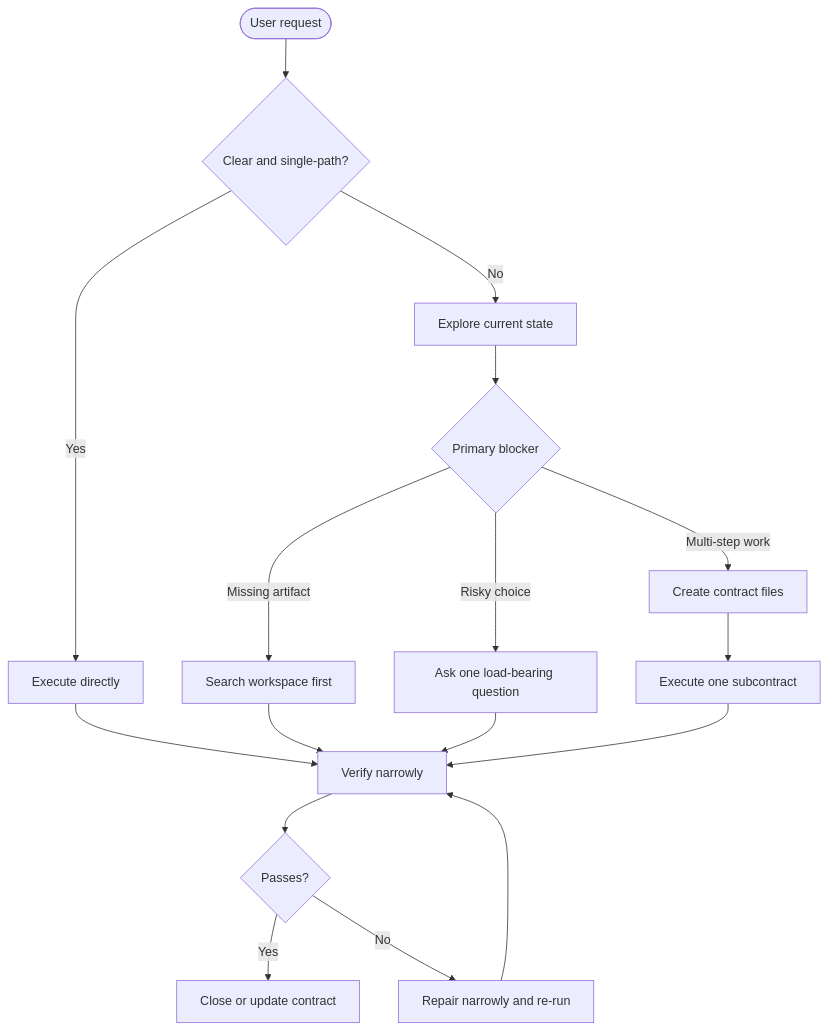
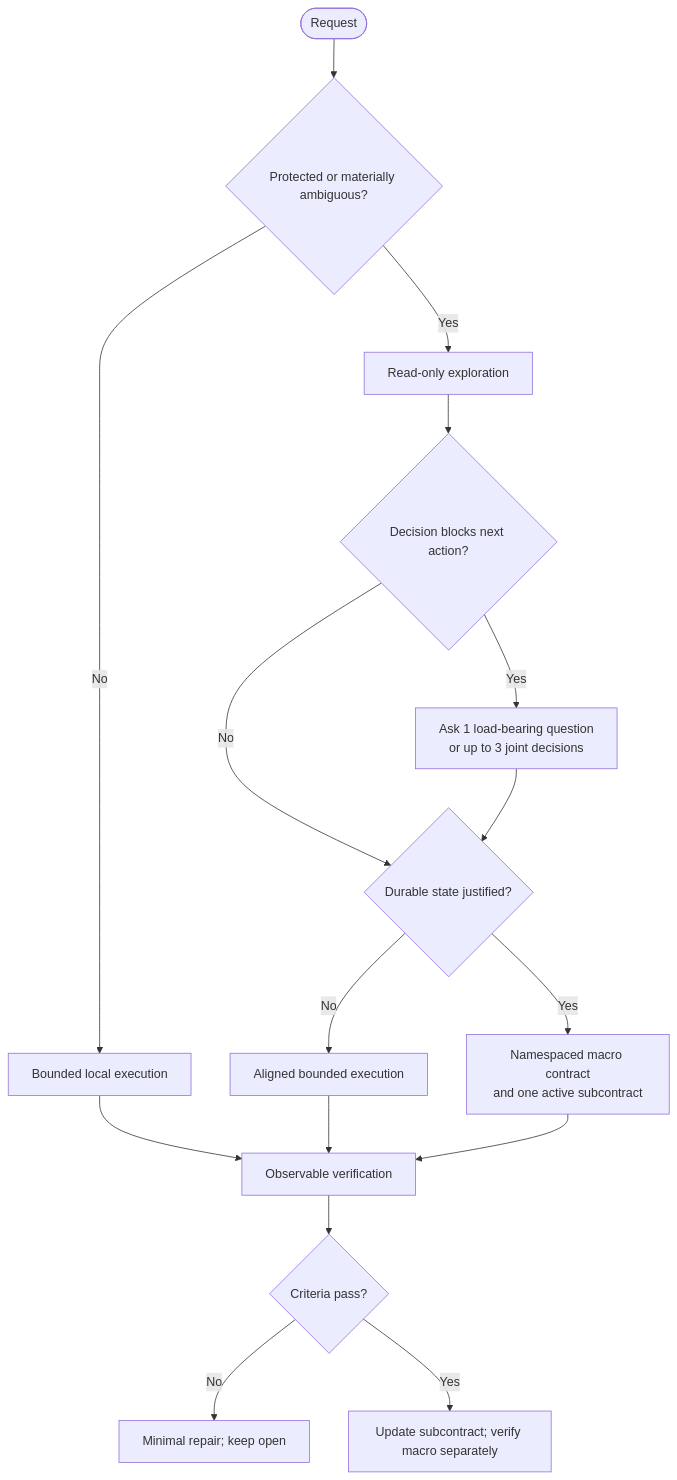
The diagram in README.md (jiyeongjun/socrates-protocol), drawn with Mermaid before and after one commit. The commit also changed other lines of this file and 93 other files, not shown here.

````diff
--- a/README.md
+++ b/README.md
@@ -36,19 +31,18 @@
 ```mermaid
 flowchart TB
-    A([User request]) --> B{Clear and single-path?}
-    B -- Yes --> C[Execute directly]
-    B -- No --> D[Explore current state]
-    D --> E{Primary blocker}
-    E -- Missing artifact --> F[Search workspace first]
-    E -- Risky choice --> G[Ask one load-bearing question]
-    E -- Multi-step work --> H[Create contract files]
-    C --> I[Verify narrowly]
-    F --> I
-    G --> I
-    H --> J[Execute one subcontract]
-    J --> I
-    I --> K{Passes?}
-    K -- Yes --> L[Close or update contract]
-    K -- No --> M[Repair narrowly and re-run]
-    M --> I
+    A([Request]) --> B{Protected or materially ambiguous?}
+    B -- No --> C[Bounded local execution]
+    B -- Yes --> D[Read-only exploration]
+    D --> E{Decision blocks next action?}
+    E -- Yes --> F[Ask 1 load-bearing question<br/>or up to 3 joint decisions]
+    E -- No --> G{Durable state justified?}
+    F --> G
+    G -- No --> H[Aligned bounded execution]
+    G -- Yes --> I[Namespaced macro contract<br/>and one active subcontract]
+    C --> J[Observable verification]
+    H --> J
+    I --> J
+    J --> K{Criteria pass?}
+    K -- No --> L[Minimal repair; keep open]
+    K -- Yes --> M[Update subcontract; verify macro separately]
 ```
````
